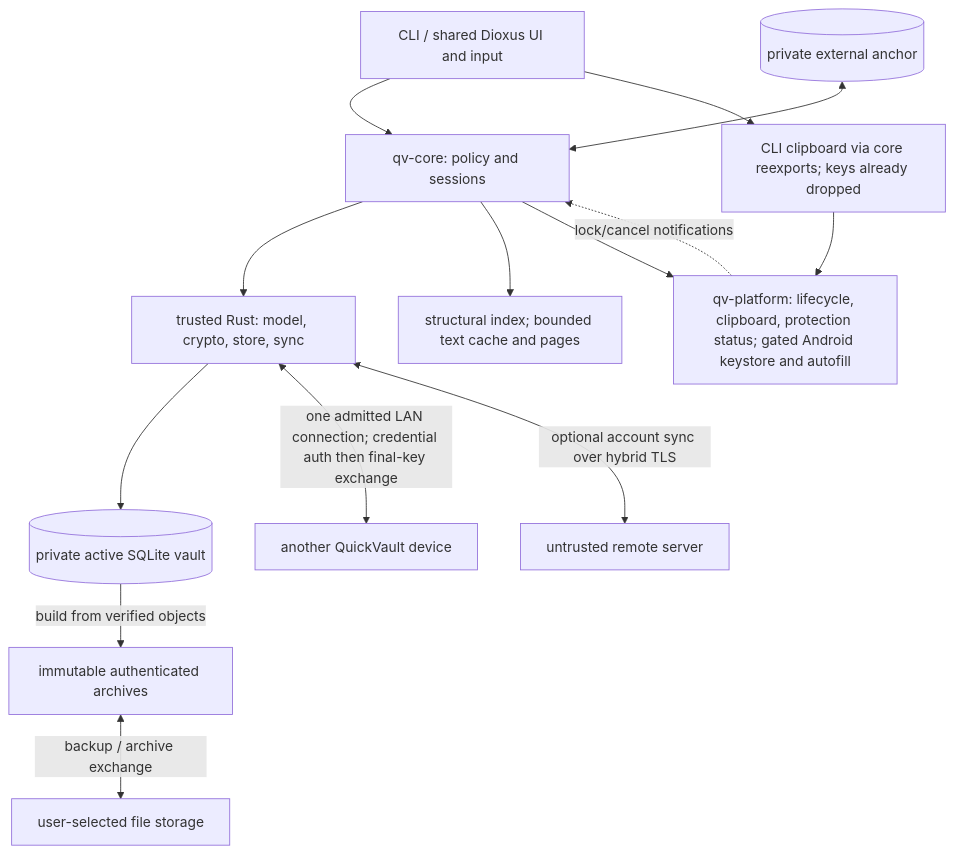
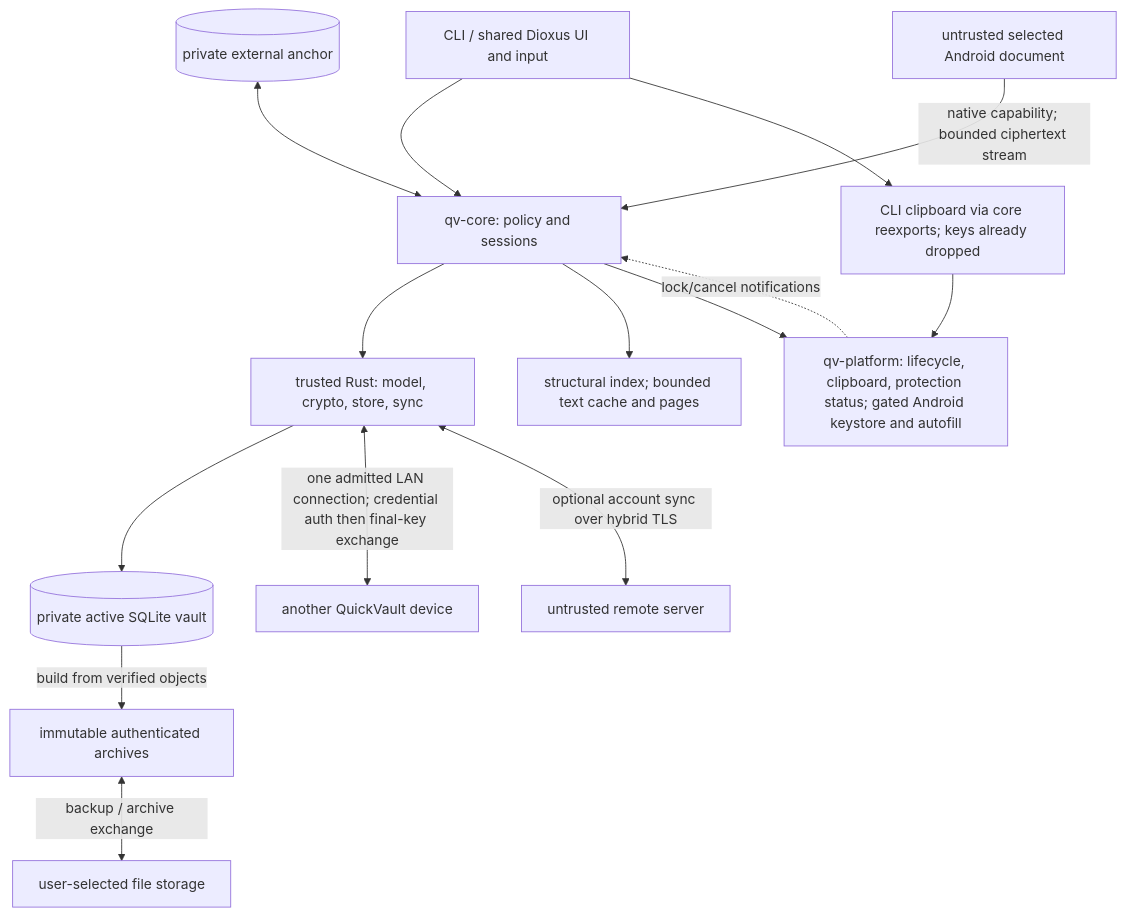
Before and after one commit to rdbo/quickvault: the diagram in ARCHITECTURE.md, drawn with Mermaid. The commit also changed other lines of this file and 29 other files, not shown here.

````diff
--- a/ARCHITECTURE.md
+++ b/ARCHITECTURE.md
@@ -456,16 +456,17 @@
 ```mermaid
 flowchart TB
     ui["CLI / shared Dioxus UI and input"] --> core["qv-core: policy and sessions"]
     core --> rust["trusted Rust: model, crypto, store, sync"]
     core --> views["structural index; bounded text cache and pages"]
     core --> platform["qv-platform: lifecycle, clipboard, protection status; gated Android keystore and autofill"]
     platform -. "lock/cancel notifications" .-> core
     ui --> clip["CLI clipboard via core reexports; keys already dropped"]
     clip --> platform
     rust --> db[("private active SQLite vault")]
     db -->|"build from verified objects"| snapshot["immutable authenticated archives"]
     snapshot <-->|"backup / archive exchange"| files["user-selected file storage"]
     rust <-->|"one admitted LAN connection; credential auth then final-key exchange"| peer["another QuickVault device"]
     rust <-->|"optional account sync over hybrid TLS"| server["untrusted remote server"]
     anchor[("private external anchor")] <--> core
+    document["untrusted selected Android document"] -->|"native capability; bounded ciphertext stream"| core
 ```
````
